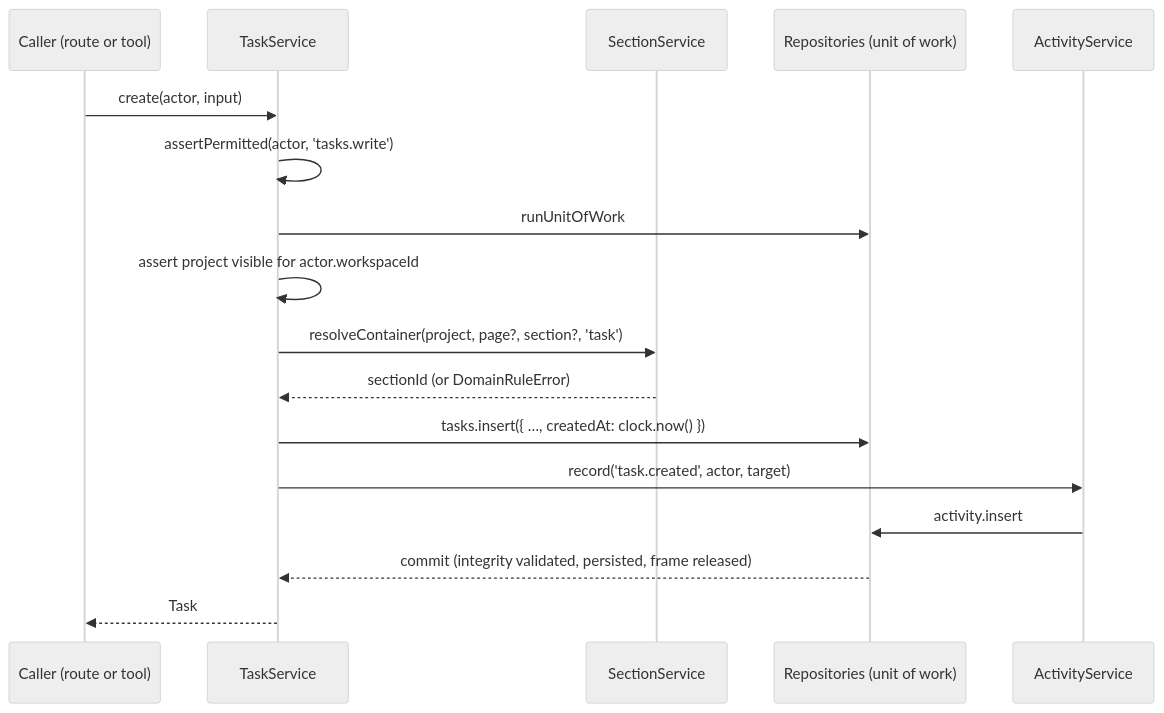
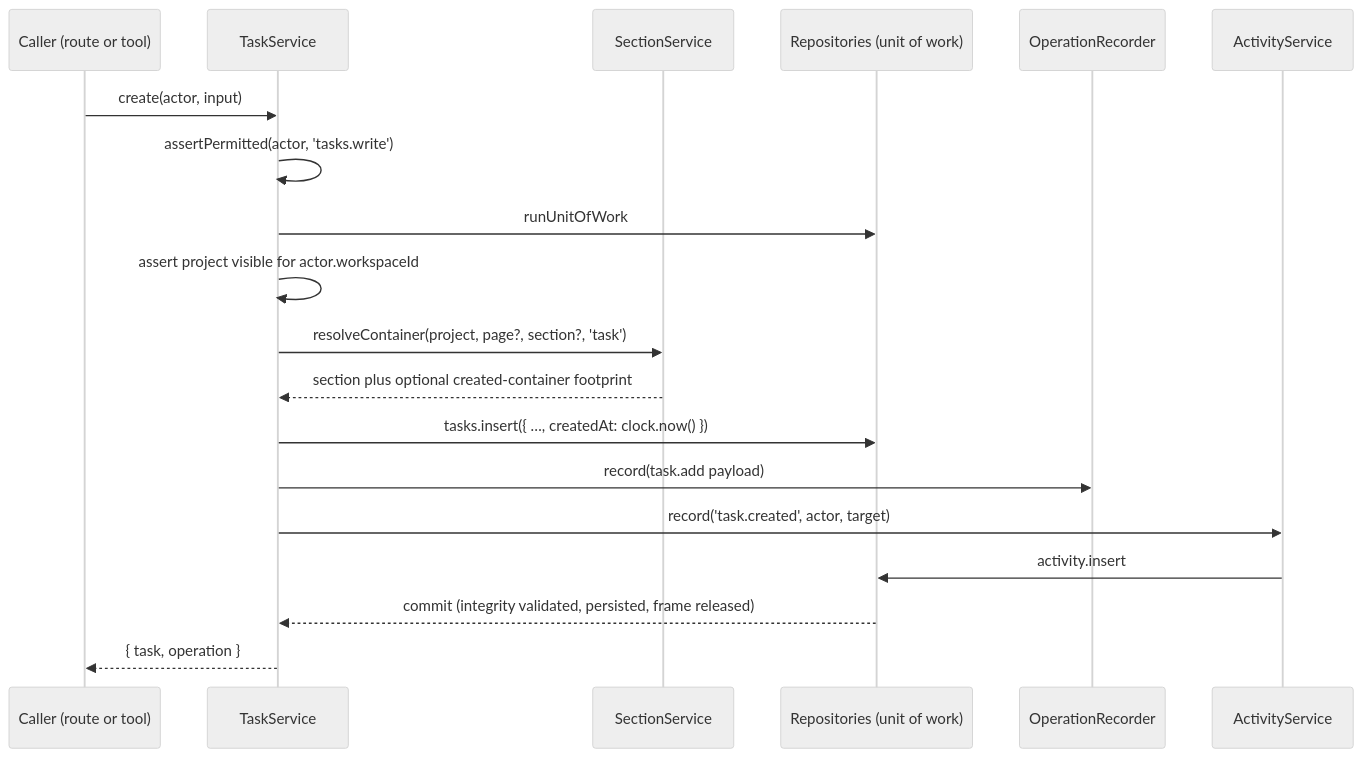
One commit to CalciteDragon/Canvas-work-manager-prototype changed the second of 2 diagrams in docs/architecture/domain/what.md. Above: the diagram before and after it, drawn with Mermaid (neutral theme). The commit also changed other lines of this file and 143 other files, not shown here.

````diff
--- a/docs/architecture/domain/what.md
+++ b/docs/architecture/domain/what.md
@@ -74,19 +74,21 @@
 ```mermaid
 sequenceDiagram
   participant C as Caller (route or tool)
   participant T as TaskService
   participant S as SectionService
   participant R as Repositories (unit of work)
+  participant O as OperationRecorder
   participant A as ActivityService
   C->>T: create(actor, input)
   T->>T: assertPermitted(actor, 'tasks.write')
   T->>R: runUnitOfWork
   T->>T: assert project visible for actor.workspaceId
   T->>S: resolveContainer(project, page?, section?, 'task')
-  S-->>T: sectionId (or DomainRuleError)
+  S-->>T: section plus optional created-container footprint
   T->>R: tasks.insert({ …, createdAt: clock.now() })
+  T->>O: record(task.add payload)
   T->>A: record('task.created', actor, target)
   A->>R: activity.insert
   R-->>T: commit (integrity validated, persisted, frame released)
-  T-->>C: Task
+  T-->>C: { task, operation }
 ```
````
